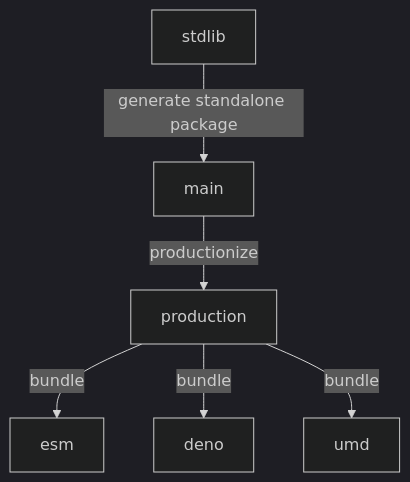
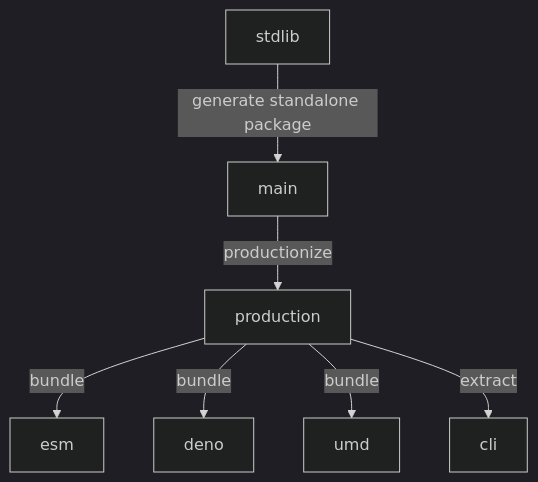
The diagram in branches.md (stdlib-js/assert-has-float32array-support), drawn with Mermaid (dark theme) before and after one commit. The commit also changed other lines of this file and 8 other files, not shown here.

````diff
--- a/branches.md
+++ b/branches.md
@@ -33,15 +34,17 @@
 ```mermaid
 graph TD;
 A[stdlib]-->|generate standalone package|B;
 B[main] -->|productionize| C[production];
 C -->|bundle| D[esm];
 C -->|bundle| E[deno];
 C -->|bundle| F[umd];
+C -->|extract| G[cli];
 
-click A href "https://github.com/stdlib-js/stdlib/tree/develop/lib/node_modules/%40stdlib/assert/has-float32array-support"
-click B href "https://github.com/stdlib-js/assert-has-float32array-support/tree/main"
-click C href "https://github.com/stdlib-js/assert-has-float32array-support/tree/production"
-click D href "https://github.com/stdlib-js/assert-has-float32array-support/tree/esm"
-click E href "https://github.com/stdlib-js/assert-has-float32array-support/tree/deno"
-click F href "https://github.com/stdlib-js/assert-has-float32array-support/tree/umd"
+%% click A href "https://github.com/stdlib-js/stdlib/tree/develop/lib/node_modules/%40stdlib/assert/has-float32array-support"
+%% click B href "https://github.com/stdlib-js/assert-has-float32array-support/tree/main"
+%% click C href "https://github.com/stdlib-js/assert-has-float32array-support/tree/production"
+%% click D href "https://github.com/stdlib-js/assert-has-float32array-support/tree/esm"
+%% click E href "https://github.com/stdlib-js/assert-has-float32array-support/tree/deno"
+%% click F href "https://github.com/stdlib-js/assert-has-float32array-support/tree/umd"
+%% click G href "https://github.com/stdlib-js/assert-has-float32array-support/tree/cli"
 ```
````
